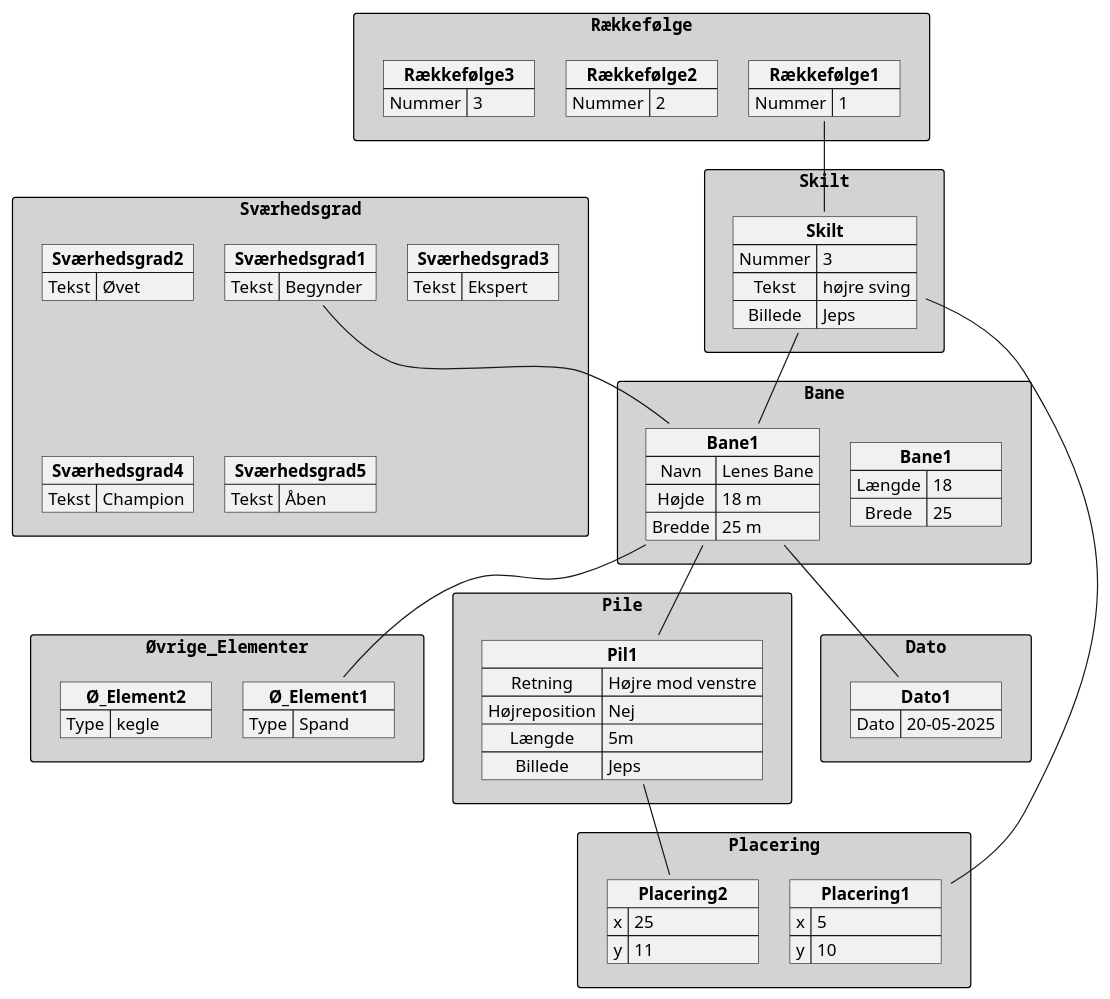
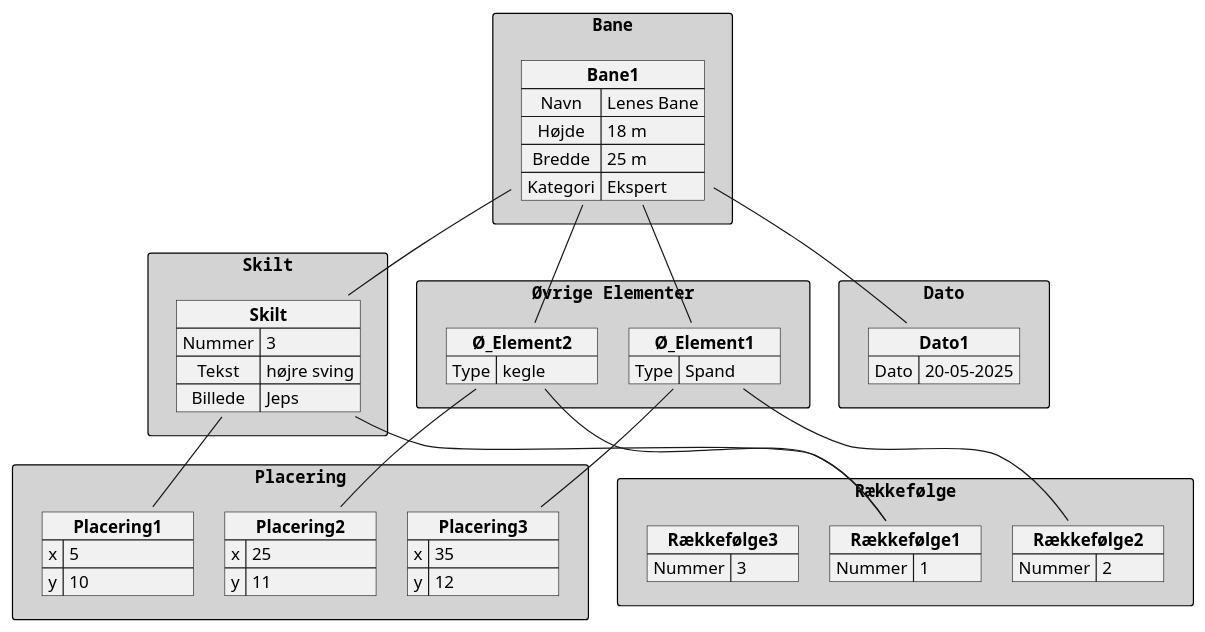
One commit to Team-1-ucl/Team1_Projekt changed the diagram in Dokumentation/Scenarier/Baner/Development View/OM/OM_Object_Model.wsd. Above: the diagram before and after it, drawn with PlantUML. The commit also changed 11 other files, not shown here.

```diff
--- a/Dokumentation/Scenarier/Baner/Development View/OM/OM_Object_Model.wsd
+++ b/Dokumentation/Scenarier/Baner/Development View/OM/OM_Object_Model.wsd
@@ -1,110 +1,89 @@
 @startuml Objekt model
 top to bottom direction
 skinparam minClassWidth 125
 skinparam nodesep 10
 skinparam ranksep 10
 skinparam rectangle {
   
   BackgroundColor<<Apache>> LightCoral
   BorderColor<<Apache>> #FF6655
   FontName Courier
   BorderColor black
   BackgroundColor lightGrey
   
 }
-rectangle Bane{
-    map "**Bane1**" as B1{
-        Længde => 18
-        Brede => 25
-    }
-}
-rectangle Sværhedsgrad {
-    map "**Sværhedsgrad1**" as S1{
-        Tekst => Begynder
-    }
-    map "**Sværhedsgrad2**" as S2{
-        Tekst => Øvet
-    }
-    map "**Sværhedsgrad3**" as S3{
-        Tekst => Ekspert
-    }
-    map "**Sværhedsgrad4**" as S4{
-        Tekst => Champion
-    }
-    map "**Sværhedsgrad5**" as S5{
-        Tekst => Åben
-    }
-}
 
-rectangle Øvrige_Elementer{
+
+
+rectangle "Øvrige Elementer" as Øvrige_Elementer{
 
     map "**Ø_Element1**" as Ø1{
         Type => Spand
     }
     map "**Ø_Element2**" as Ø2{
         Type => kegle
     }
     
 }
 
-rectangle Pile{
 
-    map "**Pil1**" as Pil1{
-        Retning => Højre mod venstre
-        Højreposition => Nej
-        Længde => 5m
-        Billede =>  Jeps
-    }
-}
 
 rectangle Skilt{
     map "**Skilt**" as Skilt1{
             Nummer => 3
             Tekst =>højre sving
             Billede =>  Jeps
         }
 }
 rectangle Dato{
     map "**Dato1**" as Dato1{
             Dato => 20-05-2025
         }
 }
 
 rectangle Bane{
     map "**Bane1**" as Bane1{
             Navn => Lenes Bane
             Højde => 18 m
             Bredde => 25 m
+            Kategori => Ekspert
         }
 }
 rectangle Placering{
     map "**Placering1**" as Placering1{
             x => 5
             y => 10
         }
         map "**Placering2**" as Placering2{
             x => 25
             y => 11
+        }
+        map "**Placering3**" as Placering3{
+            x => 35
+            y => 12
         }
 }
 rectangle Rækkefølge{
     map "**Rækkefølge1**" as Rækkefølge1{
             Nummer => 1
         }
     map "**Rækkefølge2**" as Rækkefølge2{
             Nummer => 2
         }
     map "**Rækkefølge3**" as Rækkefølge3{
             Nummer => 3
         }
 }
 
 Rækkefølge1 -- Skilt1
 Skilt1 -- Placering1
 Skilt1 -- Bane1
 Bane1 -- Dato1
-Bane1 -- Pil1
-Pil1 -- Placering2
+Ø2 -- Placering2
 Bane1 -- Ø1
-S1 -- Bane1
+Bane1 -- Ø2
+Ø1 -- Placering3
+Ø1 -- Rækkefølge2
+Ø2 -- Rækkefølge1
+
 @enduml
```
